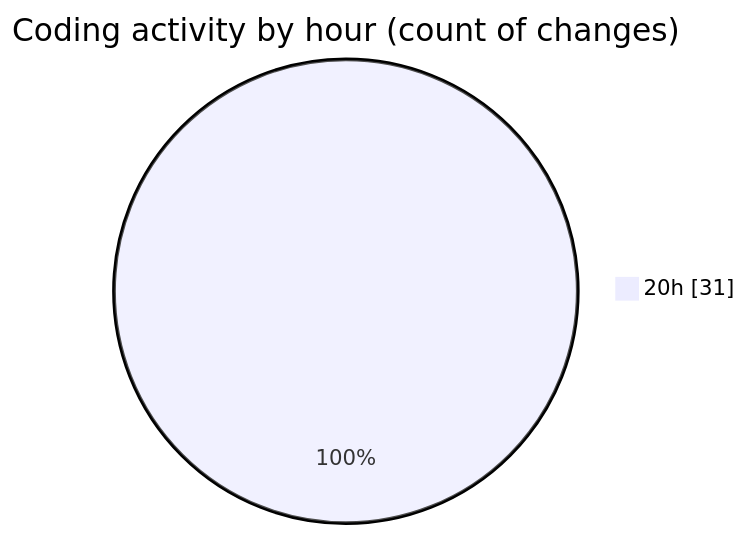
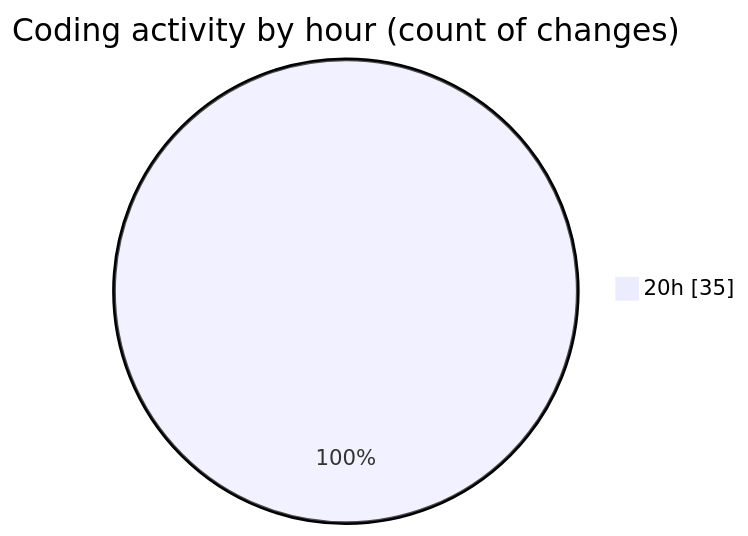
One commit to Netris89/code-tracking changed the second of 2 diagrams in 2025-10-29/skintrack/README.md. Above: the diagram before and after it, drawn with Mermaid. The commit also changed other lines of this file and 1 other file, not shown here.

````diff
--- a/2025-10-29/skintrack/README.md
+++ b/2025-10-29/skintrack/README.md
@@ -35,5 +35,5 @@
 ```mermaid
 pie showData
 title Coding activity by hour (count of changes)
-"20h" : 31
+"20h" : 35
 ```
````
